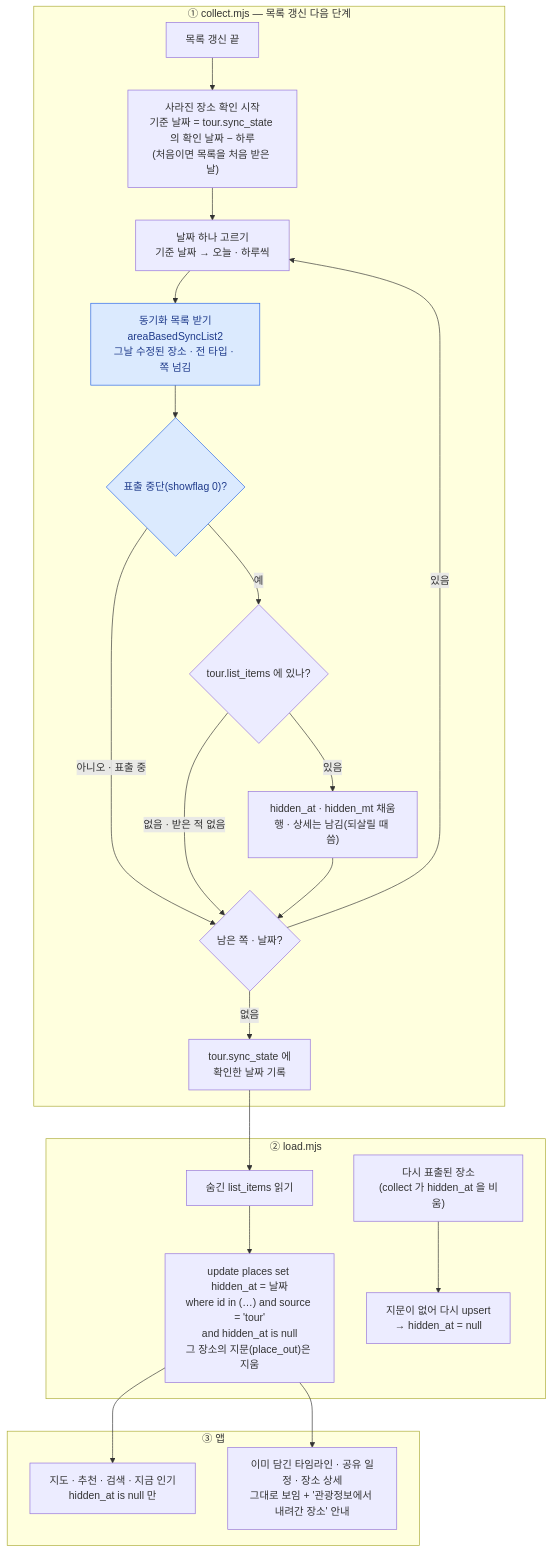
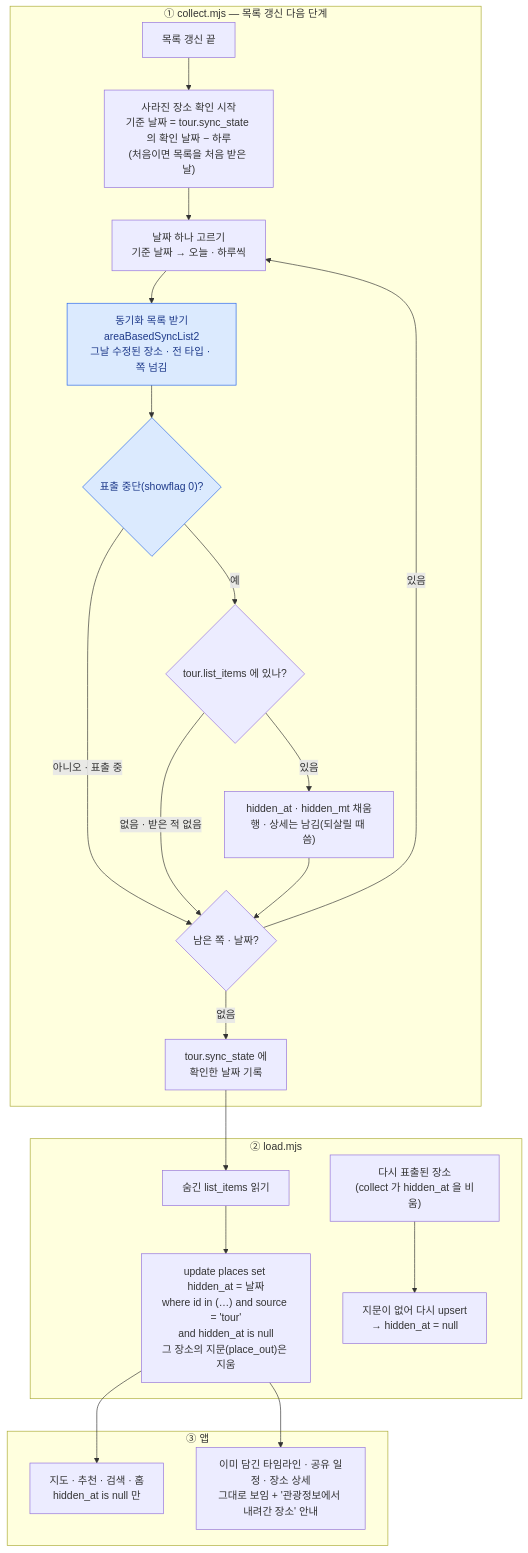
One commit to wisecomm/oneday-trip changed the third of 3 diagrams in README-플로챠트.md. Above: the diagram before and after it, drawn with Mermaid. The commit also changed other lines of this file and 7 other files, not shown here.

````diff
--- a/README-플로챠트.md
+++ b/README-플로챠트.md
@@ -318,32 +271,32 @@
 ```mermaid
 flowchart TD
     subgraph C["① collect.mjs — 목록 갱신 다음 단계"]
         H0["목록 갱신 끝"] --> H1["사라진 장소 확인 시작<br/>기준 날짜 = tour.sync_state 의 확인 날짜 − 하루<br/>(처음이면 목록을 처음 받은 날)"]
         H1 --> H2["날짜 하나 고르기<br/>기준 날짜 → 오늘 · 하루씩"]
         H2 --> H3["동기화 목록 받기<br/>areaBasedSyncList2<br/>그날 수정된 장소 · 전 타입 · 쪽 넘김"]:::key
         H3 --> H4{"표출 중단(showflag 0)?"}:::key
         H4 -- "아니오 · 표출 중" --> H7
         H4 -- "예" --> H5{"tour.list_items 에 있나?"}
         H5 -- "없음 · 받은 적 없음" --> H7
         H5 -- "있음" --> H6["hidden_at · hidden_mt 채움<br/>행 · 상세는 남김(되살릴 때 씀)"]
         H6 --> H7{"남은 쪽 · 날짜?"}
         H7 -- "있음" --> H2
         H7 -- "없음" --> H8["tour.sync_state 에<br/>확인한 날짜 기록"]
     end
 
     subgraph L["② load.mjs"]
         L1["숨긴 list_items 읽기"] --> L2["update places set hidden_at = 날짜<br/>where id in (…) and source = 'tour'<br/>and hidden_at is null<br/>그 장소의 지문(place_out)은 지움"]
         L3["다시 표출된 장소<br/>(collect 가 hidden_at 을 비움)"] --> L4["지문이 없어 다시 upsert<br/>→ hidden_at = null"]
     end
 
     subgraph A["③ 앱"]
-        A1["지도 · 추천 · 검색 · 지금 인기<br/>hidden_at is null 만"]
+        A1["지도 · 추천 · 검색 · 홈<br/>hidden_at is null 만"]
         A2["이미 담긴 타임라인 · 공유 일정 · 장소 상세<br/>그대로 보임 + '관광정보에서 내려간 장소' 안내"]
     end
 
     H8 --> L1
     L2 --> A1
     L2 --> A2
 
     classDef key fill:#dbeafe,stroke:#2563eb,color:#1e3a8a
 ```
````
